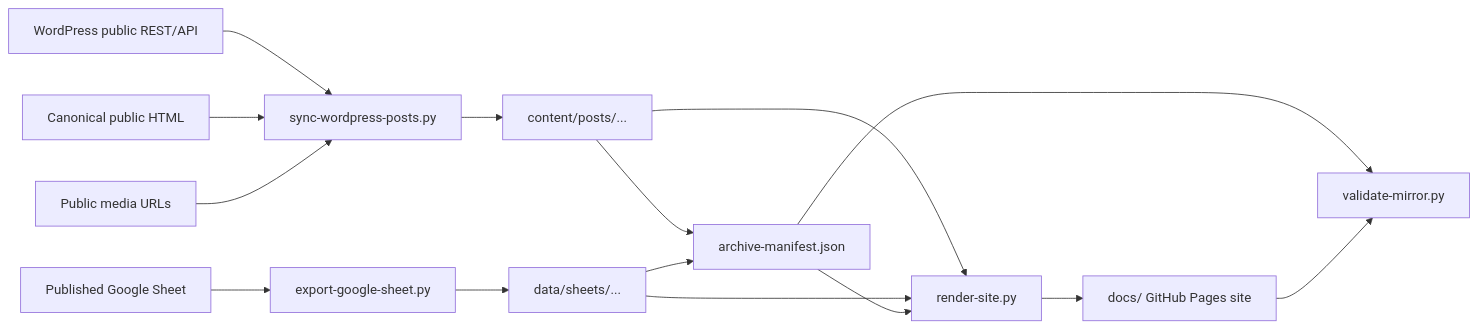
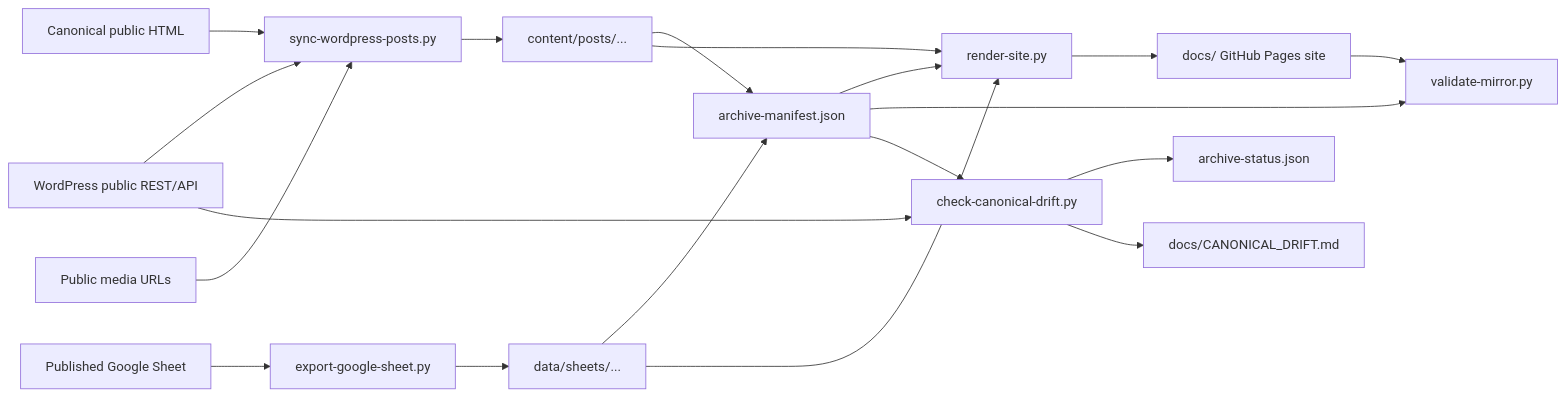
One commit to daryll-swer/daryllswer.com-archive changed the diagram in ARCHITECTURE.md. Above: the diagram before and after it, drawn with Mermaid. The commit also changed other lines of this file and 89 other files, not shown here.

````diff
--- a/ARCHITECTURE.md
+++ b/ARCHITECTURE.md
@@ -18,17 +18,21 @@
 ```mermaid
 flowchart LR
   WP["WordPress public REST/API"] --> Sync["sync-wordpress-posts.py"]
   HTML["Canonical public HTML"] --> Sync
   Media["Public media URLs"] --> Sync
   Sheet["Published Google Sheet"] --> SheetExport["export-google-sheet.py"]
   Sync --> Posts["content/posts/..."]
   SheetExport --> Sheets["data/sheets/..."]
   Posts --> Manifest["archive-manifest.json"]
   Sheets --> Manifest
   Posts --> Site["render-site.py"]
   Sheets --> Site
   Manifest --> Site
   Site --> Pages["docs/ GitHub Pages site"]
   Manifest --> Validate["validate-mirror.py"]
   Pages --> Validate
+  Manifest --> Drift["check-canonical-drift.py"]
+  WP --> Drift
+  Drift --> Status["archive-status.json"]
+  Drift --> DriftReport["docs/CANONICAL_DRIFT.md"]
 ```
````
